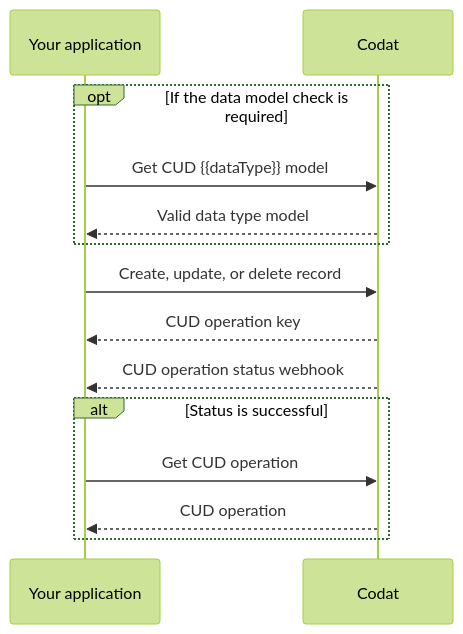
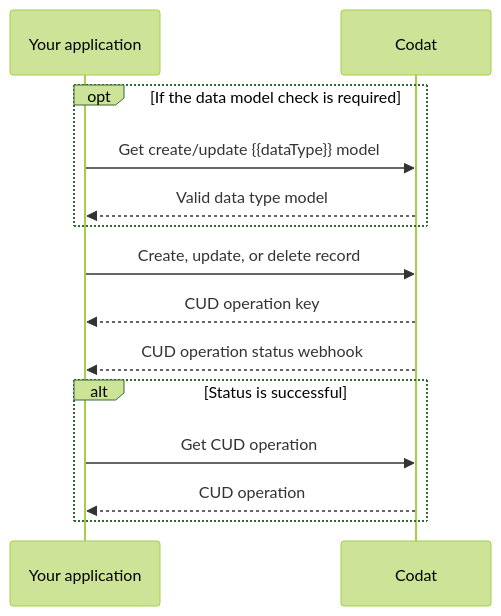
Before and after one commit to codatio/codat-docs: the diagram in docs/using-the-api/push.md, drawn with Mermaid (forest theme). The commit also changed other lines of this file, not shown here.

Commit message:
Apply suggestions from code review

````diff
--- a/docs/using-the-api/push.md
+++ b/docs/using-the-api/push.md
@@ -24,20 +24,20 @@
 ```mermaid
 sequenceDiagram
     participant app as Your application 
     participant codat as Codat
     
   opt If the data model check is required
-    app ->> codat: Get CUD {{dataType}} model
+    app ->> codat: Get create/update {{dataType}} model
     codat -->> app: Valid data type model
   end
 
     app ->> codat: Create, update, or delete record
     codat -->> app: CUD operation key
 
     codat -->> app: CUD operation status webhook
 
     alt Status is successful
         app ->> codat: Get CUD operation
         codat -->> app: CUD operation
     end
 ``` 
````
